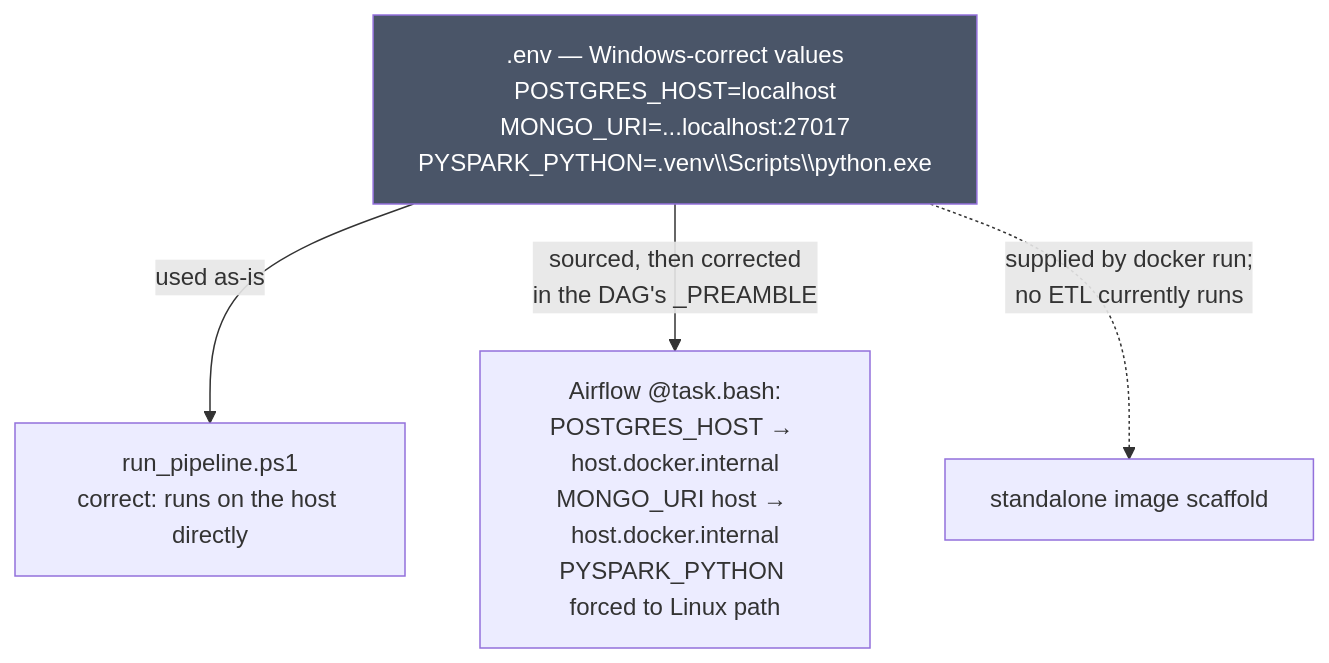
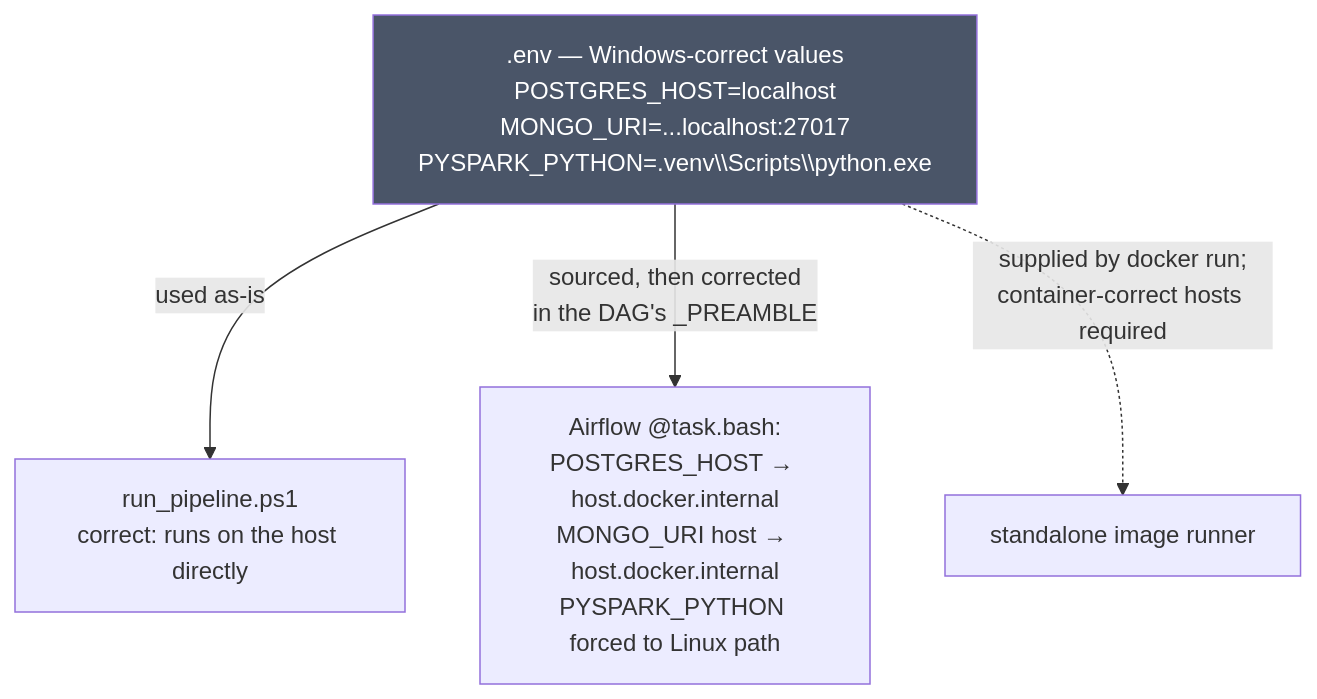
Before and after one commit to Nitinx12/Walmart_DBT: the eighth of 10 diagrams in docs/ARCHITECTURE.md, drawn with Mermaid. The commit also changed other lines of this file and 32 other files, not shown here.

````diff
--- a/docs/ARCHITECTURE.md
+++ b/docs/ARCHITECTURE.md
@@ -310,12 +306,12 @@
 ```mermaid
 flowchart TD
     ENV[".env — Windows-correct values<br/>POSTGRES_HOST=localhost<br/>MONGO_URI=...localhost:27017<br/>PYSPARK_PYTHON=.venv\\Scripts\\python.exe"]
 
     ENV -->|"used as-is"| WIN["run_pipeline.ps1<br/>correct: runs on the host directly"]
 
     ENV -->|"sourced, then corrected<br/>in the DAG's _PREAMBLE"| AF["Airflow @task.bash:<br/>POSTGRES_HOST → host.docker.internal<br/>MONGO_URI host → host.docker.internal<br/>PYSPARK_PYTHON forced to Linux path"]
 
-    ENV -. "supplied by docker run;<br/>no ETL currently runs" .-> STANDALONE["standalone image scaffold"]
+    ENV -. "supplied by docker run;<br/>container-correct hosts required" .-> STANDALONE["standalone image runner"]
 
     style ENV fill:#4a5568,color:#fff
 ```
````
